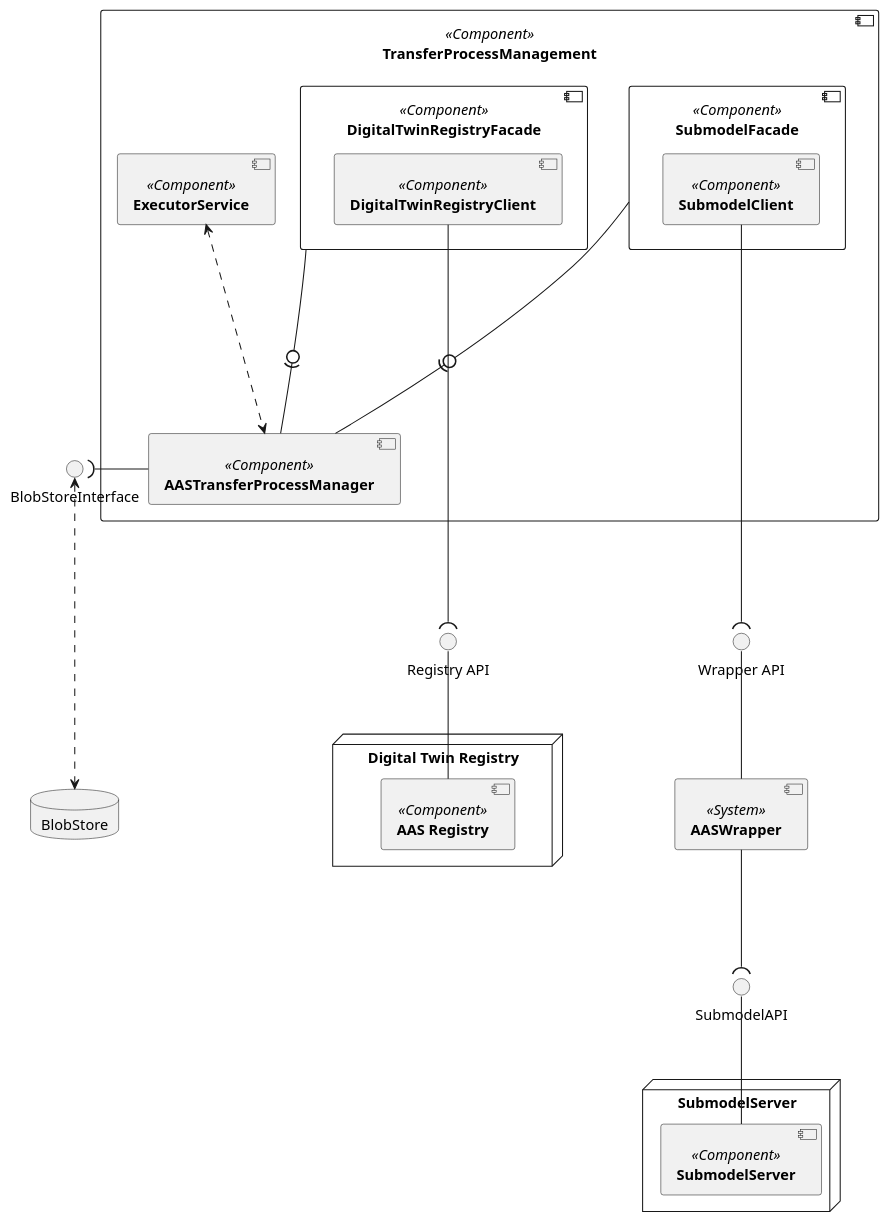
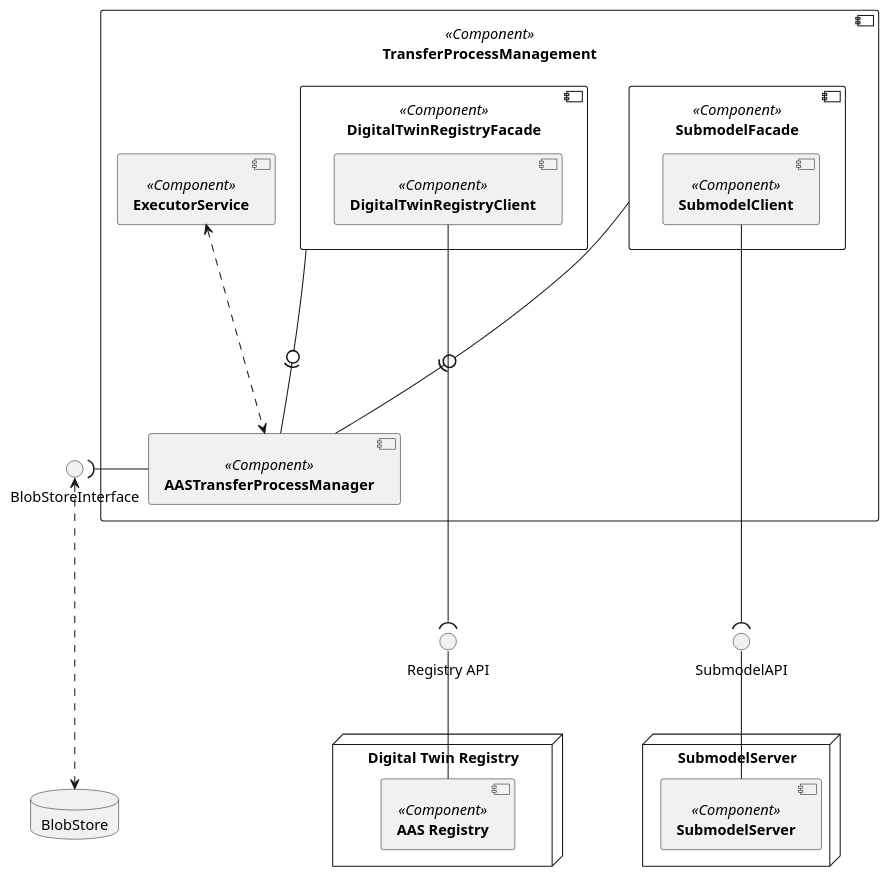
The diagram in docs/src/uml-diagrams/building-block-view/level-2-int-transfer-process-management.puml (eclipse-tractusx/item-relationship-service), drawn with PlantUML before and after one commit. The commit also changed 3 other files, not shown here.

```diff
--- a/docs/src/uml-diagrams/building-block-view/level-2-int-transfer-process-management.puml
+++ b/docs/src/uml-diagrams/building-block-view/level-2-int-transfer-process-management.puml
@@ -1,49 +1,45 @@
 @startuml
 skinparam monochrome true
 skinparam shadowing false
 skinparam nodesep 10
 skinparam ranksep 100
 
 
 component [**TransferProcessManagement**] <<Component>> as TransferProcessManagement {
     component [**AASTransferProcessManager**] <<Component>> as TransferProcessManager
     component [**DigitalTwinRegistryFacade**] <<Component>> as DTRFacade {
         component [**DigitalTwinRegistryClient**] <<Component>> as DTRClient
     }
     component [**SubmodelFacade**] <<Component>> as SubmodelFacade {
         component [**SubmodelClient**] <<Component>> as SubmodelClient
     }
     component [**ExecutorService**] <<Component>> as ExecutorService
 }
 
-component [**AASWrapper**] <<System>> as AASWrapper
 node "Digital Twin Registry" {
     [**AAS Registry**] <<Component>> as AASR
 }
 
 node "SubmodelServer" {
     [**SubmodelServer**] <<Component>> as SMS
 }
 
 
 DTRFacade --0)- TransferProcessManager
 SubmodelFacade --0)- TransferProcessManager
 ExecutorService <...> TransferProcessManager
 
 interface "Registry API" as RegAPI
 RegAPI -- AASR
 DTRClient ----( RegAPI
 
-interface "Wrapper API" as WrAPI
-WrAPI -- AASWrapper
-SubmodelClient ----( WrAPI
 
 interface "SubmodelAPI" as SMSAPI
 SMSAPI -- SMS
-AASWrapper --( SMSAPI
+SubmodelClient ----( SMSAPI
 
 database BlobStore
 TransferProcessManager -left-( BlobStoreInterface
 'BlobStoreInterface - TransferProcessManager
 BlobStoreInterface <...> BlobStore
 @enduml
```
